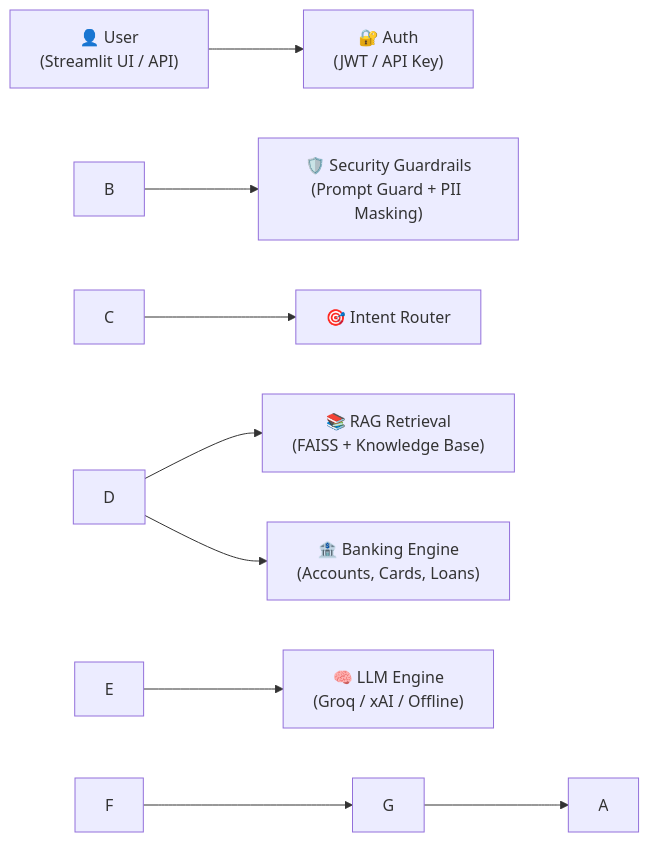
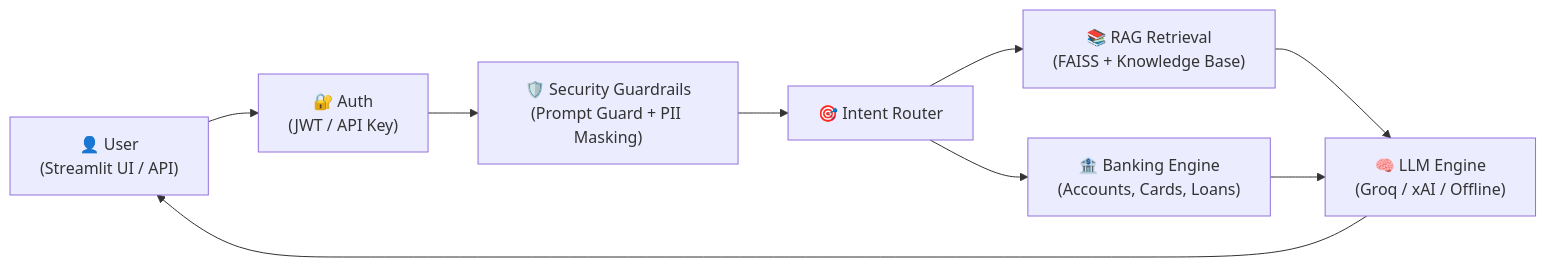
One commit to NIRMALKUMAR222/AI-Banking-Assistant changed the first of 2 diagrams in README.md. Above: the diagram before and after it, drawn with Mermaid. The commit also changed other lines of this file, not shown here.

````diff
--- a/README.md
+++ b/README.md
@@ -12,11 +18,11 @@
 ```mermaid
 flowchart LR
-    A\["👤 User<br/>(Streamlit UI / API)"] --> B\["🔐 Auth<br/>(JWT / API Key)"]
-    B --> C\["🛡️ Security Guardrails<br/>(Prompt Guard + PII Masking)"]
-    C --> D\["🎯 Intent Router"]
-    D --> E\["📚 RAG Retrieval<br/>(FAISS + Knowledge Base)"]
-    D --> F\["🏦 Banking Engine<br/>(Accounts, Cards, Loans)"]
-    E --> G\["🧠 LLM Engine<br/>(Groq / xAI / Offline)"]
+    A["👤 User<br/>(Streamlit UI / API)"] --> B["🔐 Auth<br/>(JWT / API Key)"]
+    B --> C["🛡️ Security Guardrails<br/>(Prompt Guard + PII Masking)"]
+    C --> D["🎯 Intent Router"]
+    D --> E["📚 RAG Retrieval<br/>(FAISS + Knowledge Base)"]
+    D --> F["🏦 Banking Engine<br/>(Accounts, Cards, Loans)"]
+    E --> G["🧠 LLM Engine<br/>(Groq / xAI / Offline)"]
     F --> G
     G --> A
 ```
````
